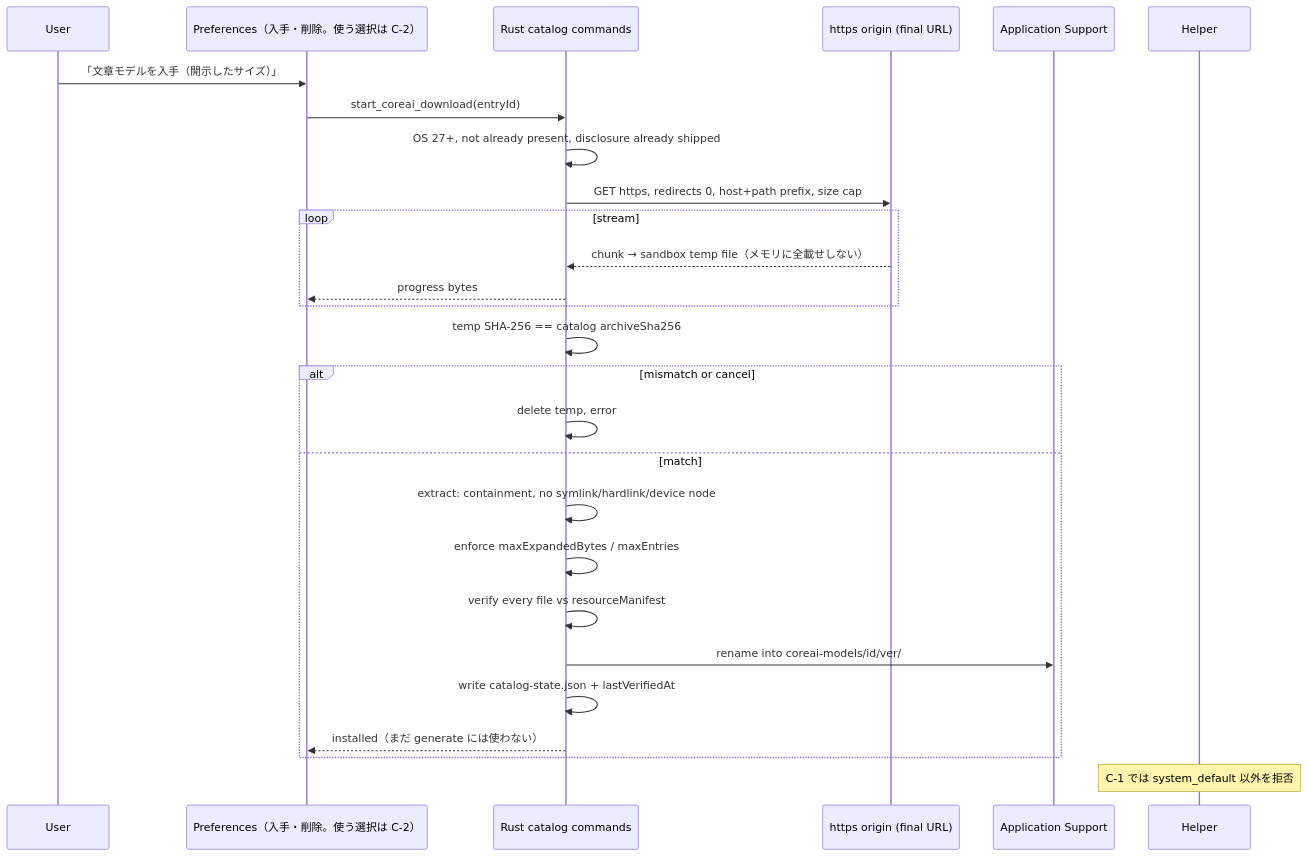
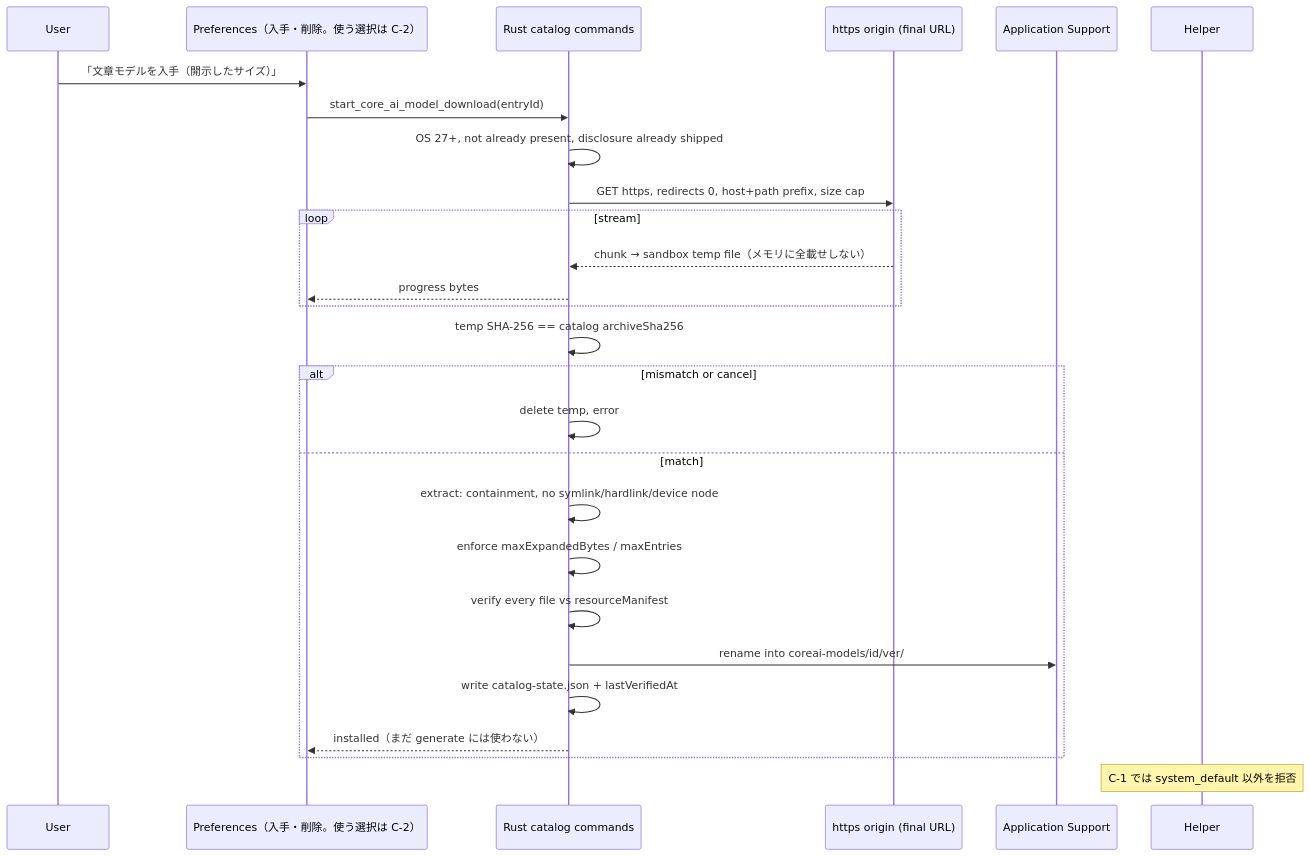
The fourth of 6 diagrams in docs/core-ai-c0-design.md (lero003/hazakura-editor), drawn with Mermaid before and after one commit. The commit also changed other lines of this file and 51 other files, not shown here.

````diff
--- a/docs/core-ai-c0-design.md
+++ b/docs/core-ai-c0-design.md
@@ -449,30 +456,30 @@
 ```mermaid
 sequenceDiagram
   participant U as User
   participant Pref as Preferences（入手・削除。使う選択は C-2）
   participant R as Rust catalog commands
   participant Net as https origin (final URL)
   participant Disk as Application Support
   participant H as Helper
 
   U->>Pref: 「文章モデルを入手（開示したサイズ）」
-  Pref->>R: start_coreai_download(entryId)
+  Pref->>R: start_core_ai_model_download(entryId)
   R->>R: OS 27+, not already present, disclosure already shipped
   R->>Net: GET https, redirects 0, host+path prefix, size cap
   loop stream
     Net-->>R: chunk → sandbox temp file（メモリに全載せしない）
     R-->>Pref: progress bytes
   end
   R->>R: temp SHA-256 == catalog archiveSha256
   alt mismatch or cancel
     R->>R: delete temp, error
   else match
     R->>R: extract: containment, no symlink/hardlink/device node
     R->>R: enforce maxExpandedBytes / maxEntries
     R->>R: verify every file vs resourceManifest
     R->>Disk: rename into coreai-models/id/ver/
     R->>R: write catalog-state.json + lastVerifiedAt
     R-->>Pref: installed（まだ generate には使わない）
   end
   Note over H: C-1 では system_default 以外を拒否
 ```
````
